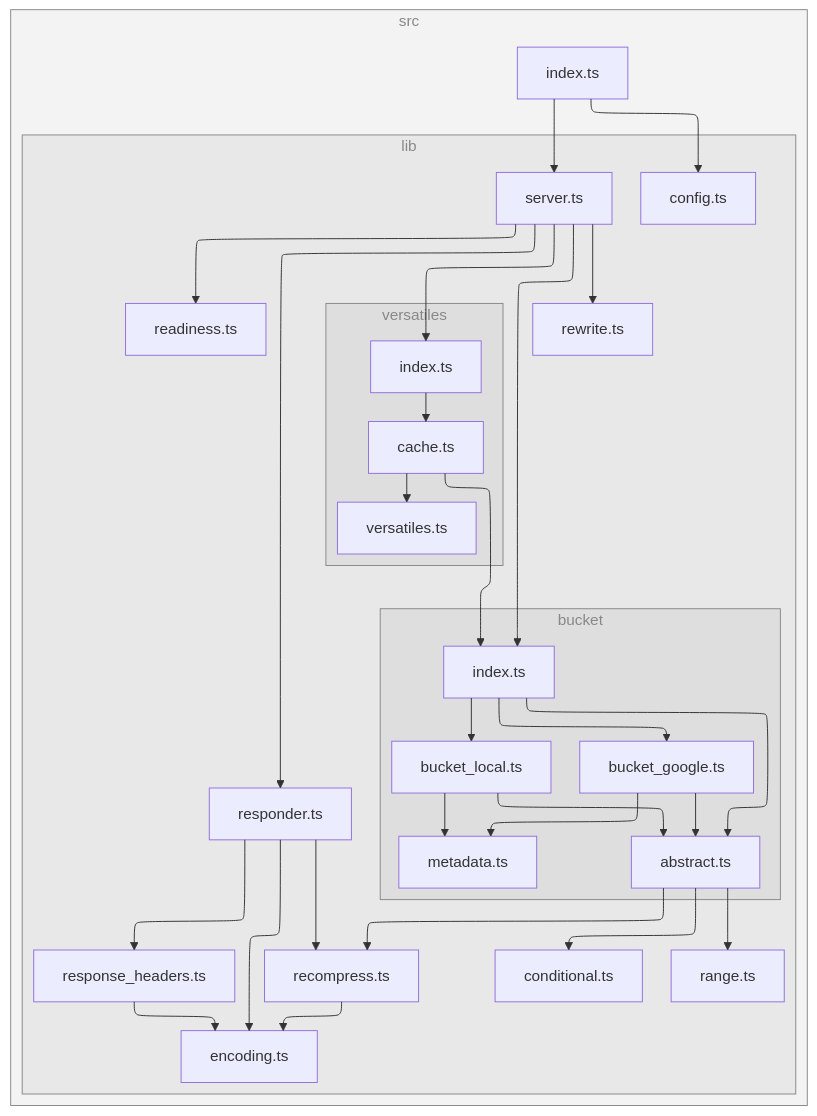
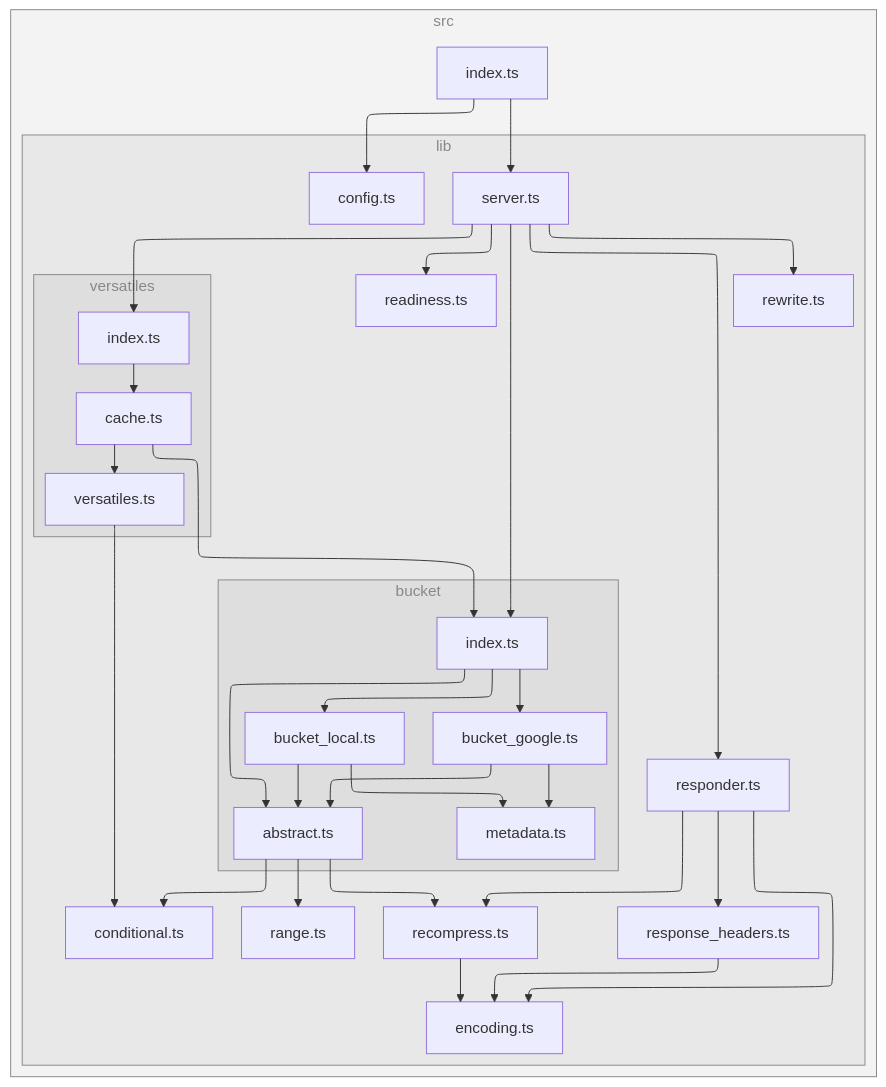
The diagram in README.md (versatiles-org/node-versatiles-google-cloud), drawn with Mermaid before and after one commit. The commit also changed other lines of this file and 2 other files, not shown here.

````diff
--- a/README.md
+++ b/README.md
@@ -408,63 +425,64 @@
 ```mermaid
 ---
 config:
   layout: elk
 ---
 flowchart TB
 
 subgraph 0["src"]
 1["index.ts"]
 subgraph 2["lib"]
 3["config.ts"]
 4["server.ts"]
 subgraph 5["bucket"]
 6["index.ts"]
 7["abstract.ts"]
 C["bucket_google.ts"]
 D["metadata.ts"]
 E["bucket_local.ts"]
 end
 8["conditional.ts"]
 9["range.ts"]
 A["recompress.ts"]
 B["encoding.ts"]
 F["readiness.ts"]
 G["responder.ts"]
 H["response_headers.ts"]
 I["rewrite.ts"]
 subgraph J["versatiles"]
 K["index.ts"]
 L["cache.ts"]
 M["versatiles.ts"]
 end
 end
 end
 1-->3
 1-->4
 4-->6
 4-->F
 4-->G
 4-->I
 4-->K
 6-->7
 6-->C
 6-->E
 7-->8
 7-->9
 7-->A
 A-->B
 C-->7
 C-->D
 E-->7
 E-->D
 G-->B
 G-->A
 G-->H
 H-->B
 K-->L
 L-->6
 L-->M
+M-->8
 
 class 0,2,5,J subgraphs;
 classDef subgraphs fill-opacity:0.1, fill:#888, color:#888, stroke:#888;
 ```
````
